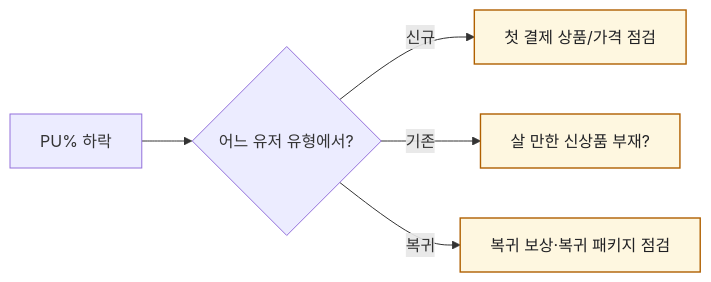
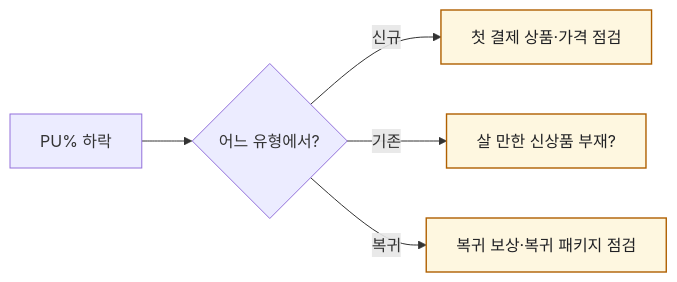
The second of 3 diagrams in content/blog/kpi-miss-revenue-decomposition-tree.md (DBhyeong/DBhyeong.github.io), drawn with Mermaid before and after one commit. The commit also changed other lines of this file and 9 other files, not shown here.

````diff
--- a/content/blog/kpi-miss-revenue-decomposition-tree.md
+++ b/content/blog/kpi-miss-revenue-decomposition-tree.md
@@ -53,9 +52,9 @@
 ```mermaid
 flowchart LR
   classDef s fill:#fef7e0,stroke:#b06000,stroke-width:1.4px,color:#202124
-  PU["PU% 하락"] --> SEG{"어느 유저 유형에서?"}
-  SEG -->|"신규"| N["첫 결제 상품/가격 점검"]
+  PU["PU% 하락"] --> SEG{"어느 유형에서?"}
+  SEG -->|"신규"| N["첫 결제 상품·가격 점검"]
   SEG -->|"기존"| E["살 만한 신상품 부재?"]
   SEG -->|"복귀"| B["복귀 보상·복귀 패키지 점검"]
   class N,E,B s
 ```
````
